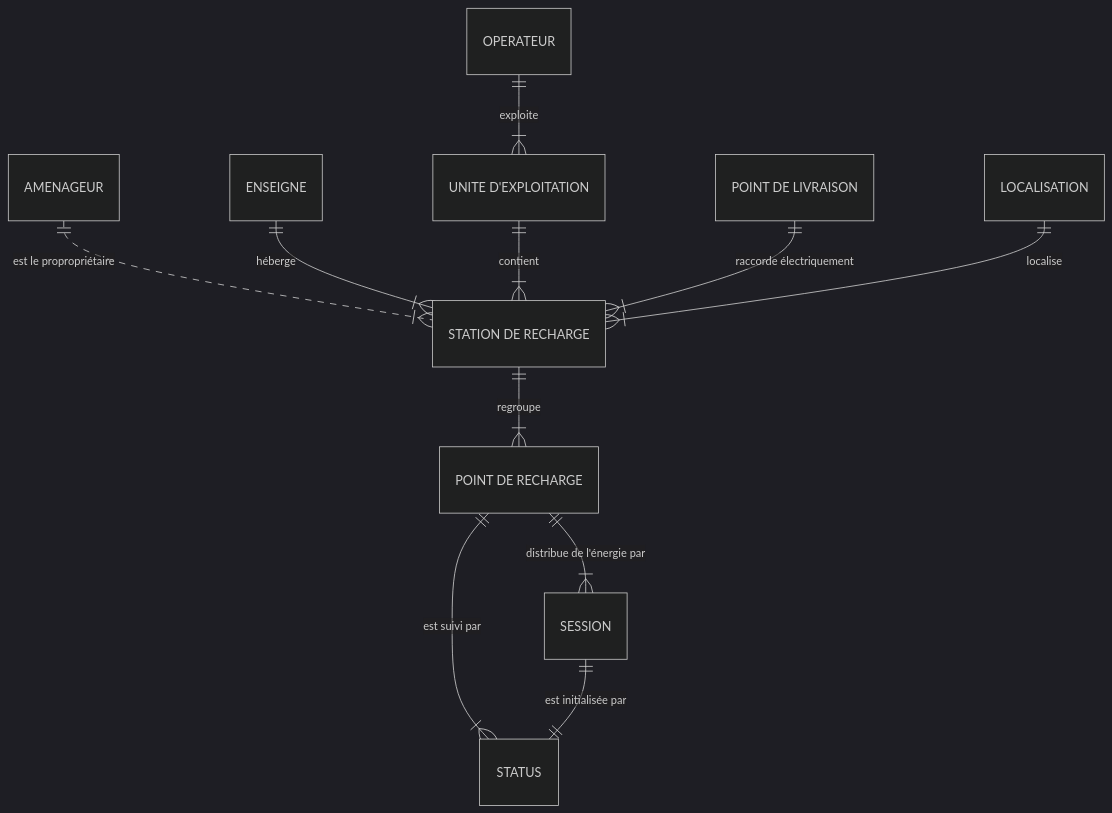
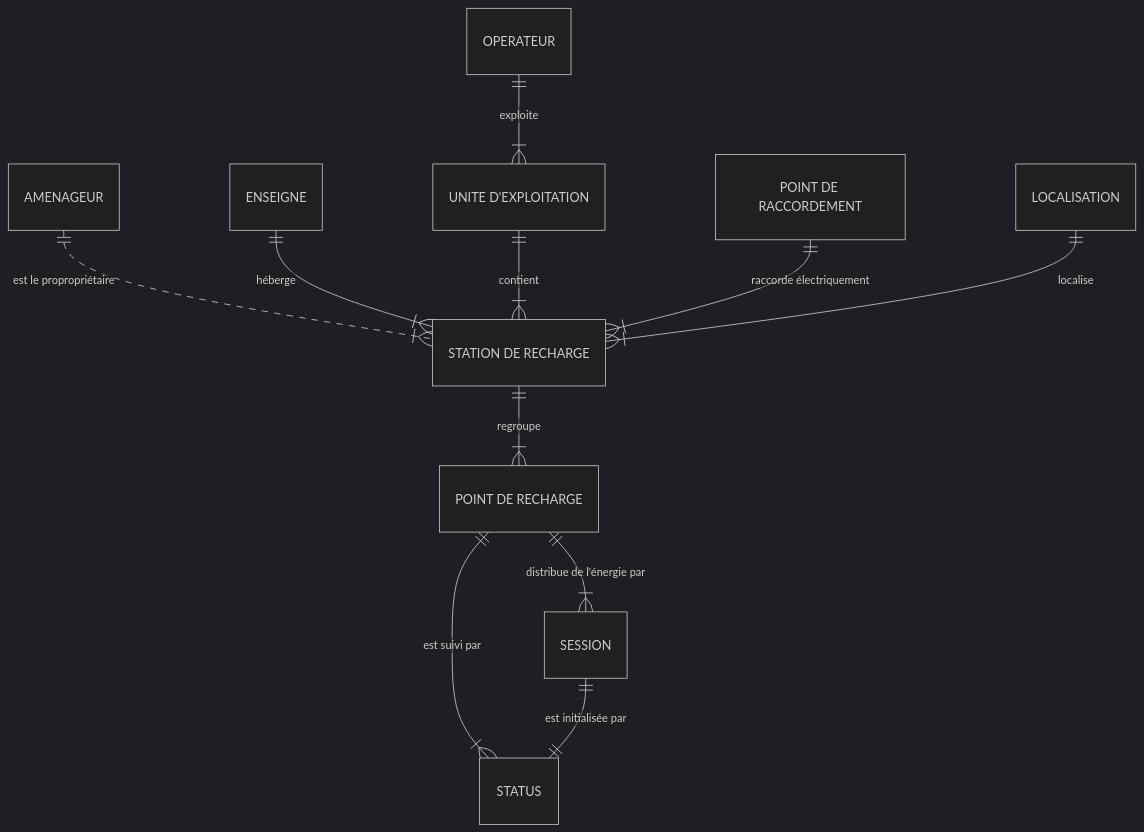
Before and after one commit to MTES-MCT/qualicharge: the fifth of 16 diagrams in docs/modele.md, drawn with Mermaid (dark theme). The commit also changed other lines of this file, not shown here.

````diff
--- a/docs/modele.md
+++ b/docs/modele.md
@@ -154,13 +158,13 @@
 ```mermaid
 erDiagram
     AMENAGEUR ||..|{ "STATION DE RECHARGE" : "est le propropriétaire"
     ENSEIGNE ||--|{ "STATION DE RECHARGE": "héberge"
     OPERATEUR ||--|{ "UNITE D'EXPLOITATION": "exploite"
     "UNITE D'EXPLOITATION" ||--|{ "STATION DE RECHARGE": "contient"    
-    "POINT DE LIVRAISON" ||--|{ "STATION DE RECHARGE" : "raccorde électriquement"
+    "POINT DE RACCORDEMENT" ||--|{ "STATION DE RECHARGE" : "raccorde électriquement"
     LOCALISATION ||--|{ "STATION DE RECHARGE": "localise"
     "STATION DE RECHARGE" ||--|{ "POINT DE RECHARGE" : regroupe
     "POINT DE RECHARGE" ||--|{ "STATUS" : "est suivi par"
     "POINT DE RECHARGE" ||--|{ "SESSION" : "distribue de l'énergie par"
     "SESSION" ||--|| "STATUS" : "est initialisée par"
 ```
````
